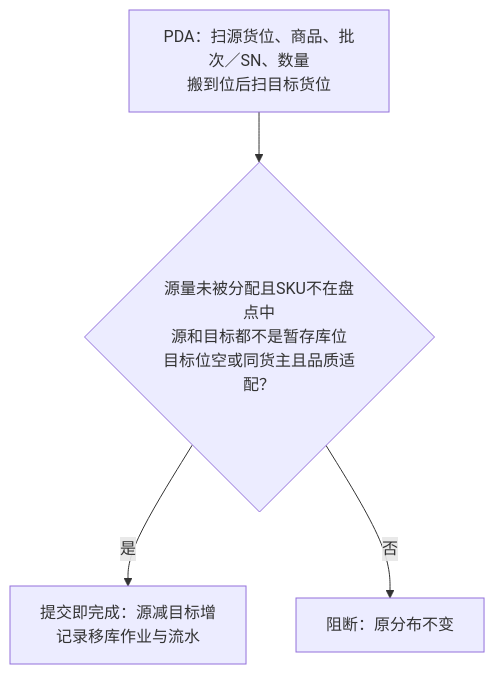
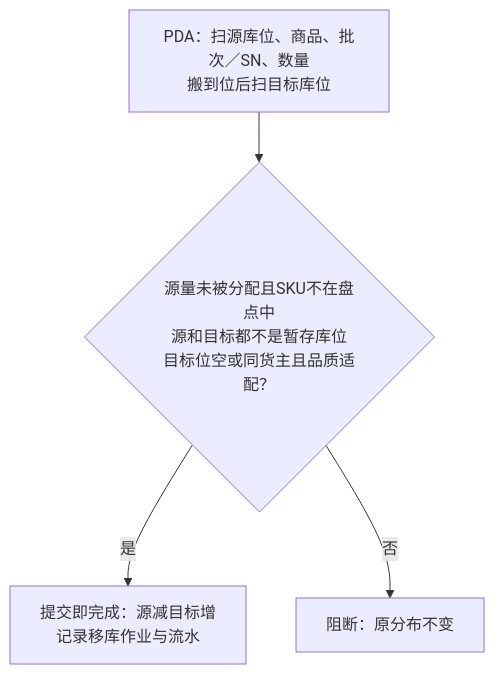
Before and after one commit to TopVitamin/QS-WMS-Project: the fifth of 6 diagrams in 05-应用设计方案/20261002-MVP版本/系统架构设计/01-系统流程与单据交互.md, drawn with Mermaid. The commit also changed other lines of this file and 139 other files, not shown here.

````diff
--- a/05-应用设计方案/20261002-MVP版本/系统架构设计/01-系统流程与单据交互.md
+++ b/05-应用设计方案/20261002-MVP版本/系统架构设计/01-系统流程与单据交互.md
@@ -253,6 +254,6 @@
 ```mermaid
 flowchart TB
-    A[PDA：扫源货位、商品、批次／SN、数量<br/>搬到位后扫目标货位] --> B{源量未被分配且SKU不在盘点中<br/>源和目标都不是暂存库位<br/>目标位空或同货主且品质适配？}
+    A[PDA：扫源库位、商品、批次／SN、数量<br/>搬到位后扫目标库位] --> B{源量未被分配且SKU不在盘点中<br/>源和目标都不是暂存库位<br/>目标位空或同货主且品质适配？}
     B -->|是| C[提交即完成：源减目标增<br/>记录移库作业与流水]
     B -->|否| X[阻断：原分布不变]
 ```
````
